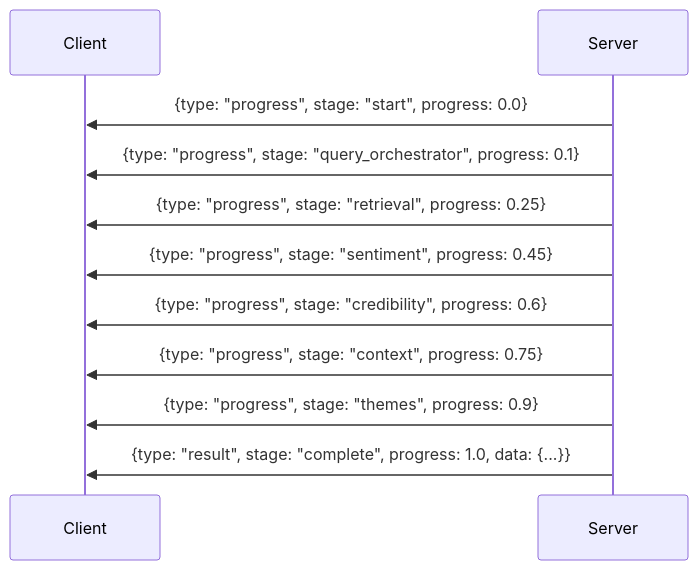
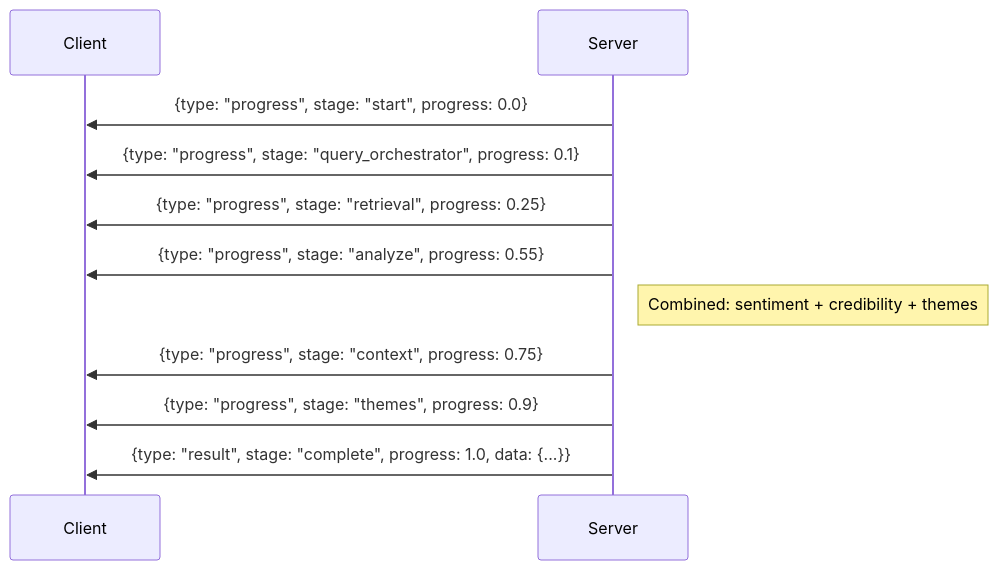
Before and after one commit to donyelqt/Hinaing: the seventh of 9 diagrams in docs/CHAT_ARCHITECTURE.md, drawn with Mermaid. The commit also changed other lines of this file and 15 other files, not shown here.

````diff
--- a/docs/CHAT_ARCHITECTURE.md
+++ b/docs/CHAT_ARCHITECTURE.md
@@ -346,14 +339,14 @@
 ```mermaid
 sequenceDiagram
     participant Client
     participant Server
 
     Server->>Client: {type: "progress", stage: "start", progress: 0.0}
     Server->>Client: {type: "progress", stage: "query_orchestrator", progress: 0.1}
     Server->>Client: {type: "progress", stage: "retrieval", progress: 0.25}
-    Server->>Client: {type: "progress", stage: "sentiment", progress: 0.45}
-    Server->>Client: {type: "progress", stage: "credibility", progress: 0.6}
+    Server->>Client: {type: "progress", stage: "analyze", progress: 0.55}
+    Note right of Server: Combined: sentiment + credibility + themes
     Server->>Client: {type: "progress", stage: "context", progress: 0.75}
     Server->>Client: {type: "progress", stage: "themes", progress: 0.9}
     Server->>Client: {type: "result", stage: "complete", progress: 1.0, data: {...}}
 ```
````
